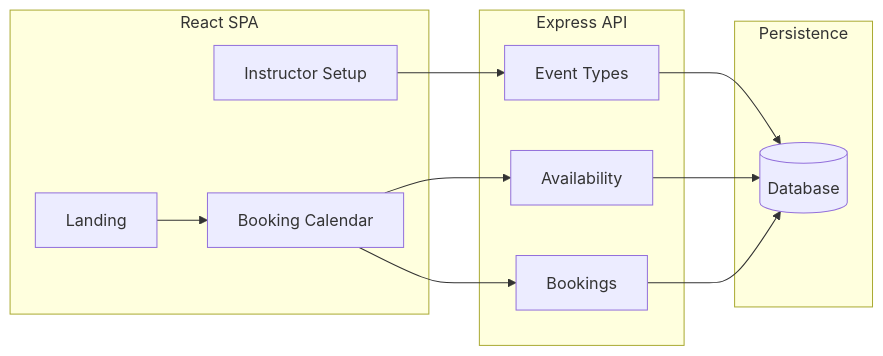
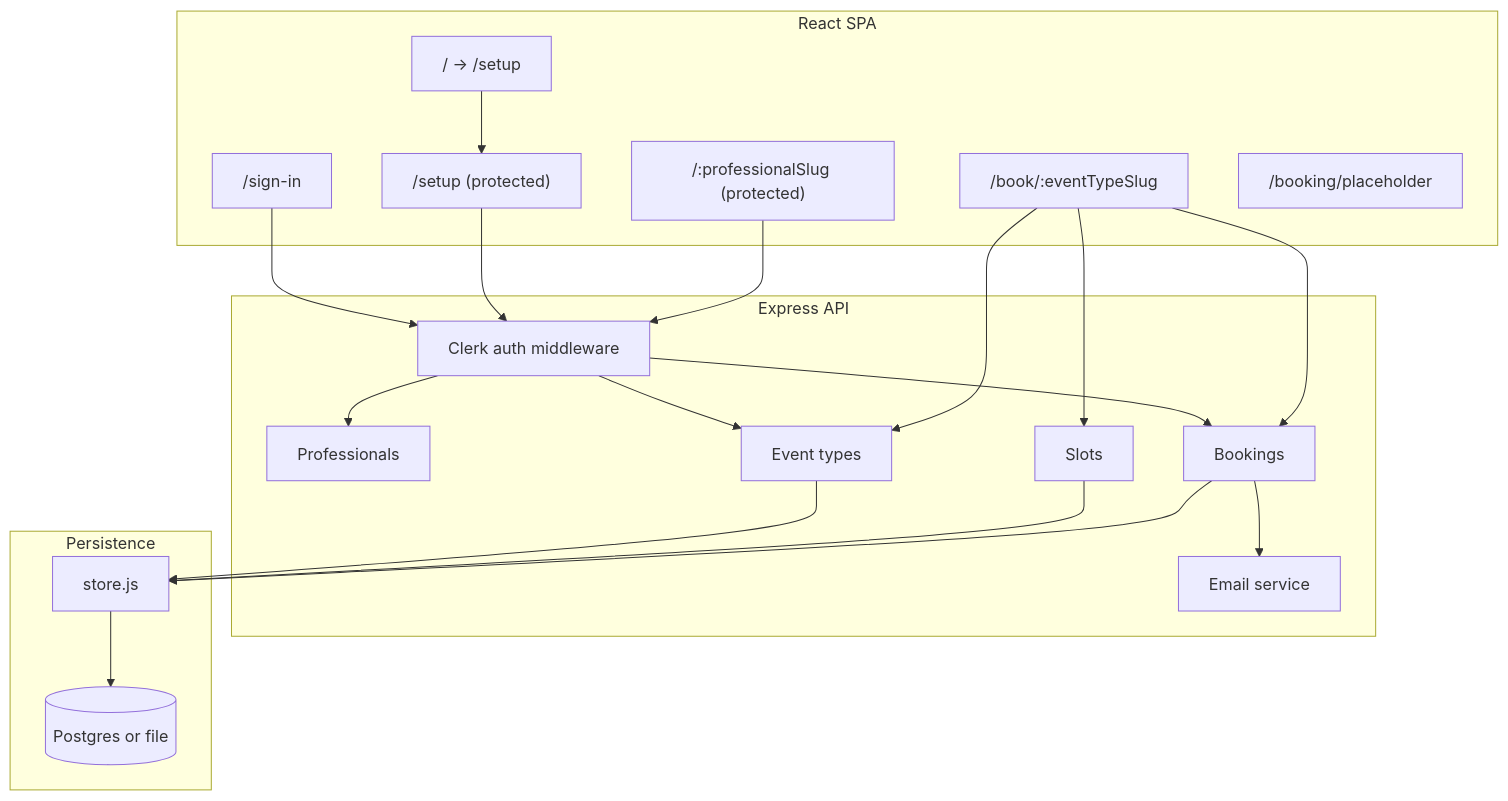
Before and after one commit to EugeneChiang123/Lesson_Scheduler: the diagram in ARCHITECTURE.md, drawn with Mermaid. The commit also changed other lines of this file and 10 other files, not shown here.

````diff
--- a/ARCHITECTURE.md
+++ b/ARCHITECTURE.md
@@ -9,23 +9,38 @@
 ```mermaid
-flowchart LR
+flowchart TB
   subgraph client [React SPA]
-    Landing[Landing]
-    Book[Booking Calendar]
-    Instructor[Instructor Setup]
+    Landing["/ → /setup"]
+    Book["/book/:eventTypeSlug"]
+    Setup["/setup (protected)"]
+    ProDash["/:professionalSlug (protected)"]
+    SignIn["/sign-in"]
+    Placeholder["/booking/placeholder"]
   end
   subgraph api [Express API]
-    Events[Event Types]
-    Slots[Availability]
+    Auth[Clerk auth middleware]
+    Professionals[Professionals]
+    EventTypes[Event types]
+    Slots[Slots]
     Bookings[Bookings]
+    Email[Email service]
   end
   subgraph data [Persistence]
-    DB[(Database)]
+    Store[store.js]
+    DB[(Postgres or file)]
   end
-  Landing --> Book
+  Landing --> Setup
+  SignIn --> Auth
+  Setup --> Auth
+  ProDash --> Auth
+  Auth --> Professionals
+  Auth --> EventTypes
+  Auth --> Bookings
+  Book --> EventTypes
   Book --> Slots
   Book --> Bookings
-  Instructor --> Events
-  Events --> DB
-  Slots --> DB
-  Bookings --> DB
+  Bookings --> Email
+  EventTypes --> Store
+  Slots --> Store
+  Bookings --> Store
+  Store --> DB
 ```
````
